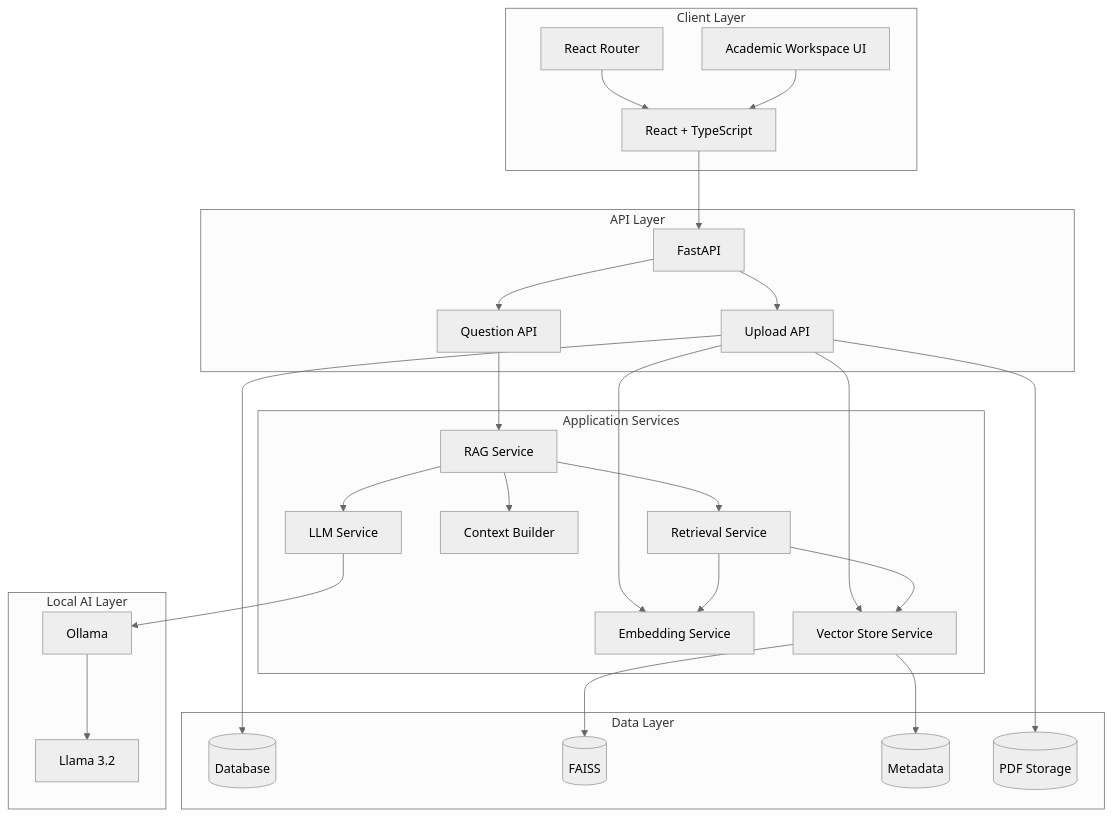
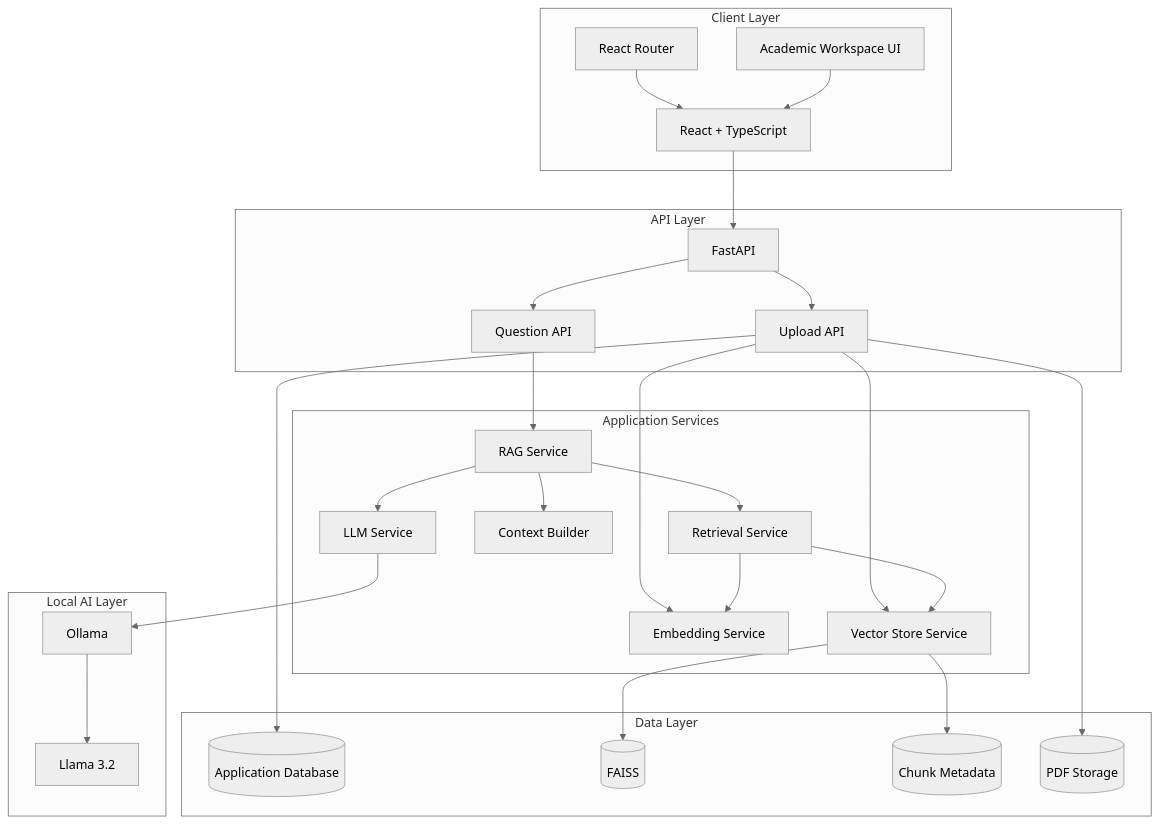
One commit to NAITIKK682/ProfessorMindAI changed the sixth of 15 diagrams in README.md. Above: the diagram before and after it, drawn with Mermaid (neutral theme). The commit also changed other lines of this file, not shown here.

````diff
--- a/README.md
+++ b/README.md
@@ -975,62 +1018,63 @@
 ```mermaid
 flowchart TB
 
     subgraph CLIENT[Client Layer]
         REACT[React + TypeScript]
         ROUTER[React Router]
         UI[Academic Workspace UI]
     end
 
     subgraph API_LAYER[API Layer]
         FASTAPI[FastAPI]
         UPLOAD_API[Upload API]
         QUESTION_API[Question API]
     end
 
     subgraph SERVICES[Application Services]
         RAG[RAG Service]
         RETRIEVAL[Retrieval Service]
         CONTEXT[Context Builder]
         EMBEDDING[Embedding Service]
         VECTOR[Vector Store Service]
         LLM_SERVICE[LLM Service]
     end
 
     subgraph DATA[Data Layer]
-        DATABASE[(Database)]
+        DATABASE[(Application Database)]
         FAISS[(FAISS)]
-        METADATA[(Metadata)]
+        METADATA[(Chunk Metadata)]
         STORAGE[(PDF Storage)]
     end
 
     subgraph AI[Local AI Layer]
         OLLAMA[Ollama]
         MODEL[Llama 3.2]
     end
 
     REACT --> FASTAPI
     ROUTER --> REACT
     UI --> REACT
 
     FASTAPI --> UPLOAD_API
     FASTAPI --> QUESTION_API
 
     UPLOAD_API --> EMBEDDING
     UPLOAD_API --> VECTOR
     UPLOAD_API --> DATABASE
     UPLOAD_API --> STORAGE
 
     QUESTION_API --> RAG
+
     RAG --> RETRIEVAL
     RAG --> CONTEXT
     RAG --> LLM_SERVICE
 
     RETRIEVAL --> EMBEDDING
     RETRIEVAL --> VECTOR
 
     VECTOR --> FAISS
     VECTOR --> METADATA
 
     LLM_SERVICE --> OLLAMA
     OLLAMA --> MODEL
 ```
````
